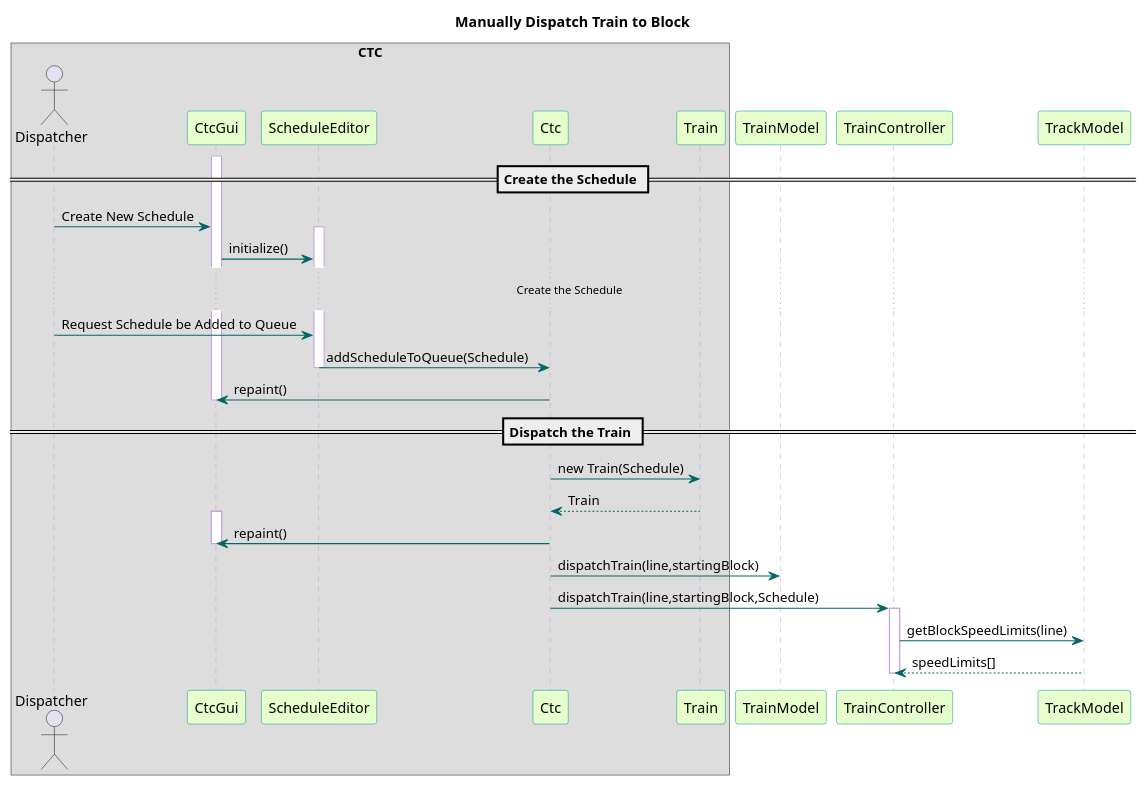
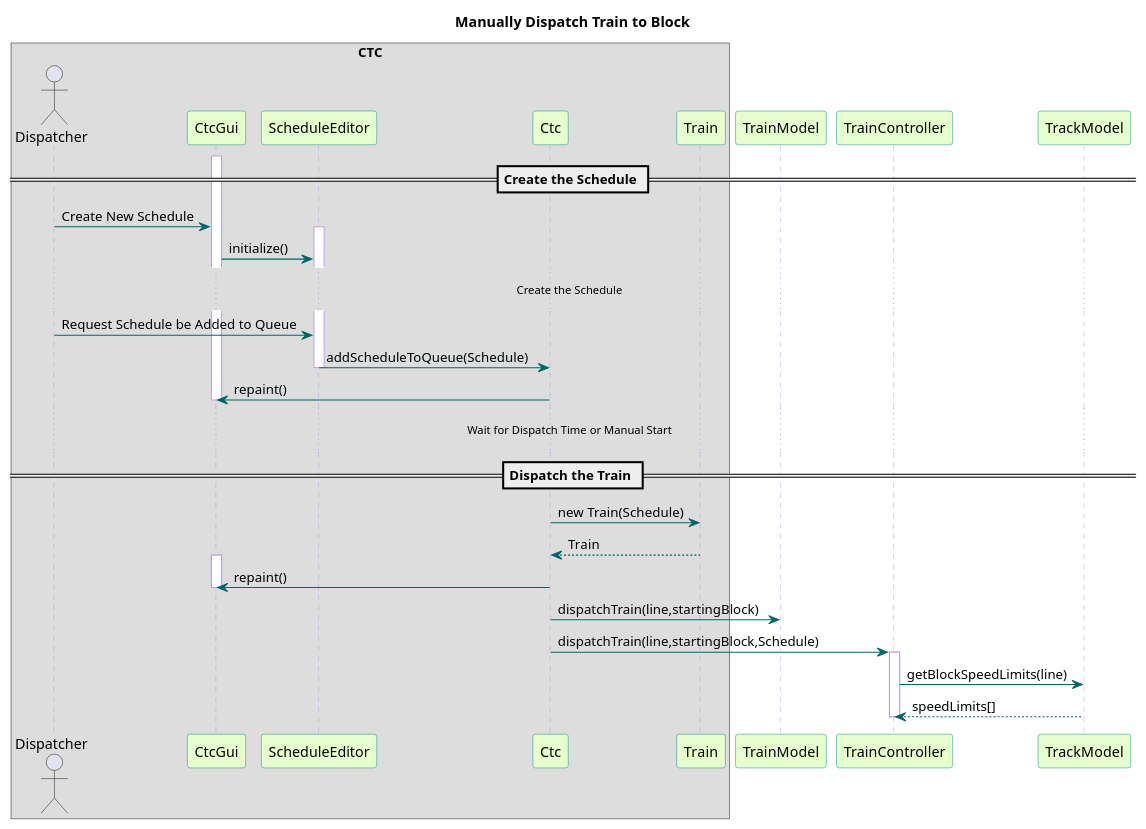
Before and after one commit to kevingilboy/COE1186: the diagram in TrainSystem/yUML/Sequence Diagrams/Ctc/CtcDispatchTrain.pu, drawn with PlantUML. The commit also changed 3 other files, not shown here.

```diff
--- a/TrainSystem/yUML/Sequence Diagrams/Ctc/CtcDispatchTrain.pu
+++ b/TrainSystem/yUML/Sequence Diagrams/Ctc/CtcDispatchTrain.pu
@@ -1,51 +1,52 @@
 @startuml
 
 title Manually Dispatch Train to Block
 
 skinparam sequence {
   BackgroundColor transparent
   ParticipantBackgroundColor #e6ffcc
   ParticipantBorderColor 	#049595
   PackageBorderCOlor  #049595
   ArrowColor #006666
   LifeLineBorderColor #c09cd9
 }
 box "CTC"
 actor Dispatcher
 participant CtcGui
 participant ScheduleEditor
 participant Ctc
 participant Train
 end box
 
 participant TrainModel
 participant TrainController
 participant TrackModel
 
 == Create the Schedule ==
 activate CtcGui
 Dispatcher -> CtcGui : Create New Schedule
 activate ScheduleEditor
 CtcGui -> ScheduleEditor : initialize()
 ...Create the Schedule...
 Dispatcher -> ScheduleEditor : Request Schedule be Added to Queue
 ScheduleEditor -> Ctc : addScheduleToQueue(Schedule)
 deactivate ScheduleEditor
 Ctc -> CtcGui : repaint()
 deactivate CtcGui
+...Wait for Dispatch Time or Manual Start...
 == Dispatch the Train ==
 Ctc -> Train : new Train(Schedule)
 Train --> Ctc : Train
 activate CtcGui
 Ctc -> CtcGui : repaint()
 deactivate CtcGui
 
 Ctc -> TrainModel : dispatchTrain(line,startingBlock)
 Ctc -> TrainController : dispatchTrain(line,startingBlock,Schedule)
 
 activate TrainController
 TrainController -> TrackModel : getBlockSpeedLimits(line)
 TrackModel --> TrainController : speedLimits[]
 deactivate TrainController
 
 @enduml
```
